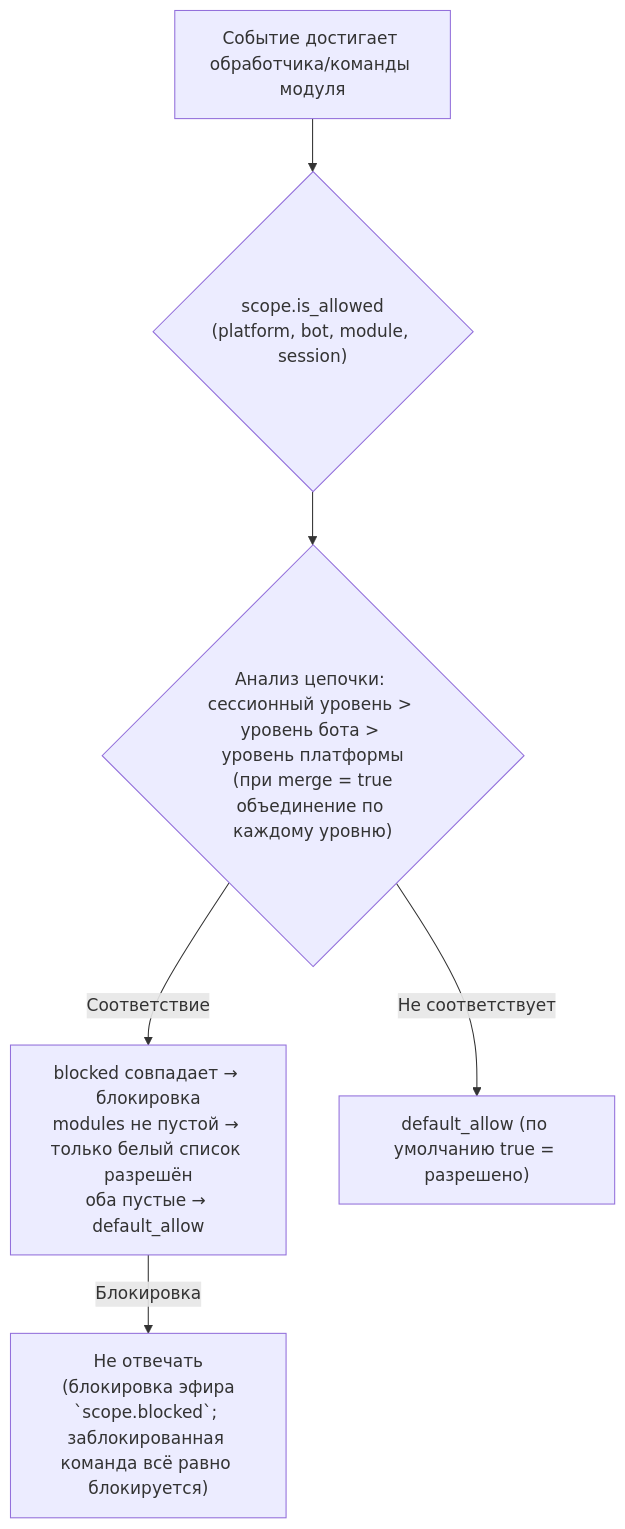
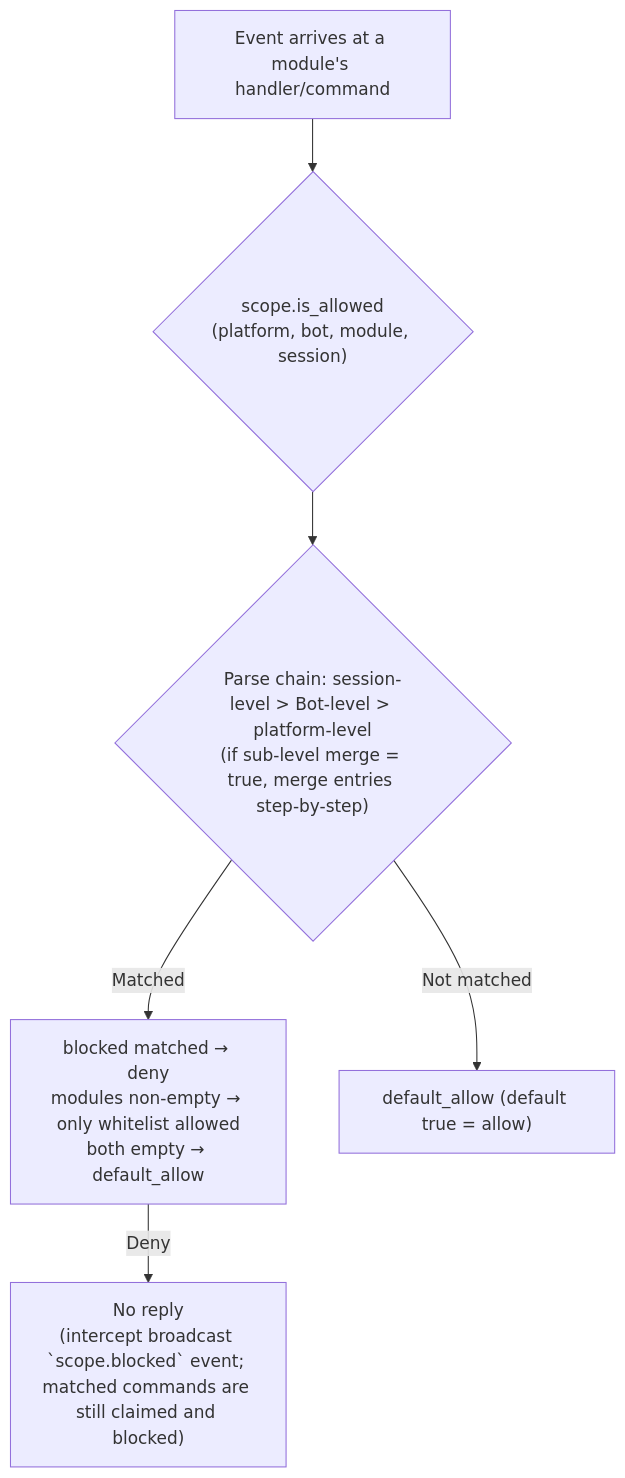
Before and after one commit to ErisPulse/ErisPulse: the diagram in docs/ru/advanced/scope.md, drawn with Mermaid. The commit also changed other lines of this file and 43 other files, not shown here.

````diff
--- a/docs/ru/advanced/scope.md
+++ b/docs/ru/advanced/scope.md
@@ -91,8 +89,8 @@
 ```mermaid
 flowchart TD
-    A["Событие достигает обработчика/команды модуля"] --> B{"scope.is_allowed<br/>(platform, bot, module, session)"}
-    B --> C{"Анализ цепочки: сессионный уровень > уровень бота > уровень платформы<br/> (при merge = true объединение по каждому уровню)"}
-    C -->|"Соответствие"| D["blocked совпадает → блокировка<br/>modules не пустой → только белый список разрешён<br/>оба пустые → default_allow"]
-    C -->|"Не соответствует"| E["default_allow (по умолчанию true = разрешено)"]
-    D -->|"Блокировка"| Z["Не отвечать<br/> (блокировка эфира `scope.blocked`; заблокированная команда всё равно блокируется)"]
+    A["Event arrives at a module's handler/command"] --> B{"scope.is_allowed<br/>(platform, bot, module, session)"}
+    B --> C{"Parse chain: session-level > Bot-level > platform-level<br/>(if sub-level merge = true, merge entries step-by-step)"}
+    C -->|"Matched"| D["blocked matched → deny<br/>modules non-empty → only whitelist allowed<br/>both empty → default_allow"]
+    C -->|"Not matched"| E["default_allow (default true = allow)"]
+    D -->|"Deny"| Z["No reply<br/>(intercept broadcast `scope.blocked` event; matched commands are still claimed and blocked)"]
 ```
````
